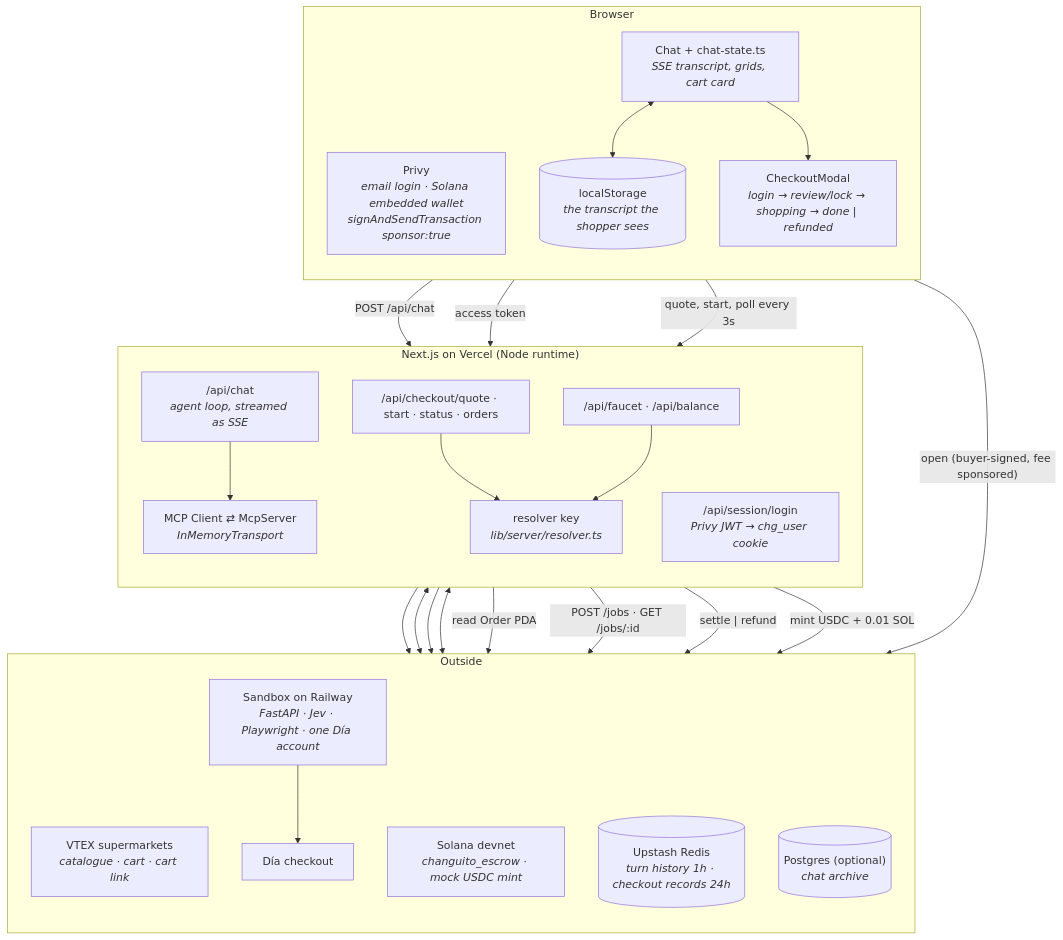
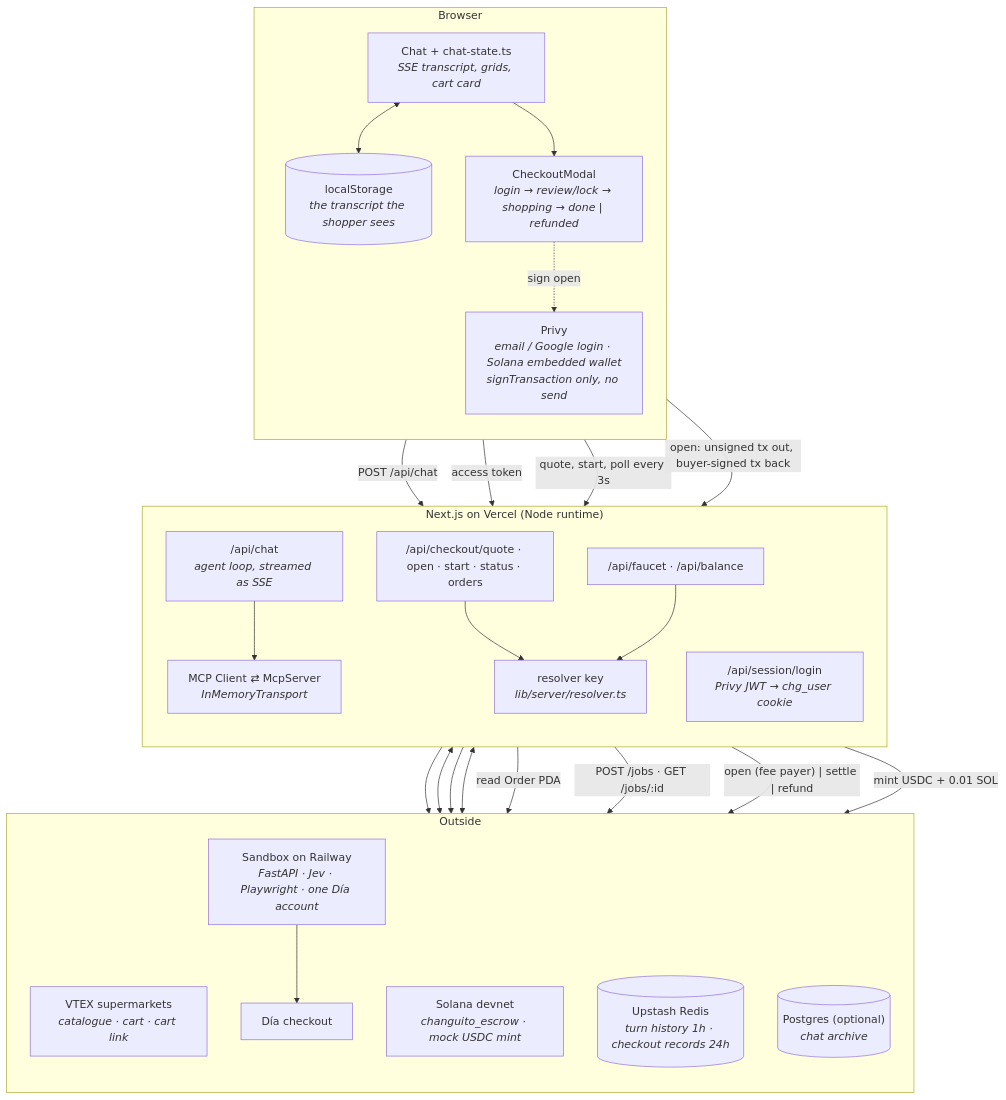
The first of 3 diagrams in docs/architecture.md (raptor0929/solana-changuito), drawn with Mermaid before and after one commit. The commit also changed other lines of this file and 10 other files, not shown here.

````diff
--- a/docs/architecture.md
+++ b/docs/architecture.md
@@ -42,44 +42,45 @@
 ```mermaid
 flowchart TB
     subgraph BROWSER["Browser"]
         direction TB
-        PRIVY["Privy<br/><i>email login · Solana embedded wallet<br/>signAndSendTransaction sponsor:true</i>"]
+        PRIVY["Privy<br/><i>email / Google login · Solana embedded wallet<br/>signTransaction only, no send</i>"]
         CHAT["Chat + chat-state.ts<br/><i>SSE transcript, grids, cart card</i>"]
         CM["CheckoutModal<br/><i>login → review/lock → shopping → done | refunded</i>"]
         LS[("localStorage<br/><i>the transcript the shopper sees</i>")]
     end
 
     subgraph VERCEL["Next.js on Vercel (Node runtime)"]
         direction TB
         API_CHAT["/api/chat<br/><i>agent loop, streamed as SSE</i>"]
         MCPC["MCP Client ⇄ McpServer<br/><i>InMemoryTransport</i>"]
         API_SES["/api/session/login<br/><i>Privy JWT → chg_user cookie</i>"]
-        API_CK["/api/checkout/quote · start · status · orders"]
+        API_CK["/api/checkout/quote · open · start · status · orders"]
         API_FAU["/api/faucet · /api/balance"]
         RES["resolver key<br/><i>lib/server/resolver.ts</i>"]
     end
 
     subgraph OUTSIDE["Outside"]
         direction TB
         VTEX["VTEX supermarkets<br/><i>catalogue · cart · cart link</i>"]
         SOL["Solana devnet<br/><i>changuito_escrow · mock USDC mint</i>"]
         SBX["Sandbox on Railway<br/><i>FastAPI · Jev · Playwright · one Día account</i>"]
         DIA["Día checkout"]
         REDIS[("Upstash Redis<br/><i>turn history 1h · checkout records 24h</i>")]
         PG[("Postgres (optional)<br/><i>chat archive</i>")]
     end
 
     CHAT <--> LS
     CHAT -->|"POST /api/chat"| API_CHAT --> MCPC --> VTEX
     API_CHAT <--> REDIS
     API_CHAT --> PG
     PRIVY -->|"access token"| API_SES
     CHAT --> CM
     CM -->|"quote, start, poll every 3s"| API_CK
-    PRIVY -->|"open (buyer-signed, fee sponsored)"| SOL
+    CM -->|"open: unsigned tx out, buyer-signed tx back"| API_CK
+    CM -.->|"sign open"| PRIVY
     API_CK <--> REDIS
     API_CK -->|"read Order PDA"| SOL
     API_CK -->|"POST /jobs · GET /jobs/:id"| SBX --> DIA
-    API_CK --> RES -->|"settle | refund"| SOL
+    API_CK --> RES -->|"open (fee payer) | settle | refund"| SOL
     API_FAU --> RES -->|"mint USDC + 0.01 SOL"| SOL
 ```
````
